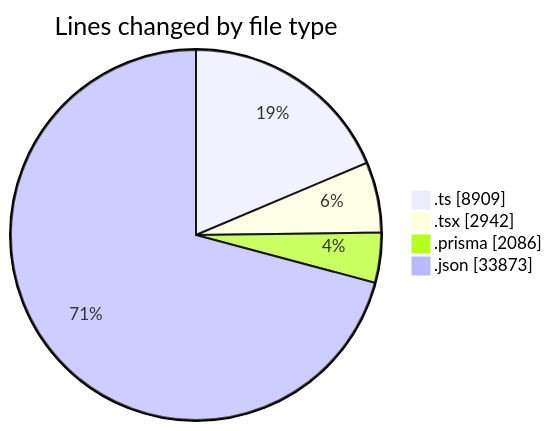
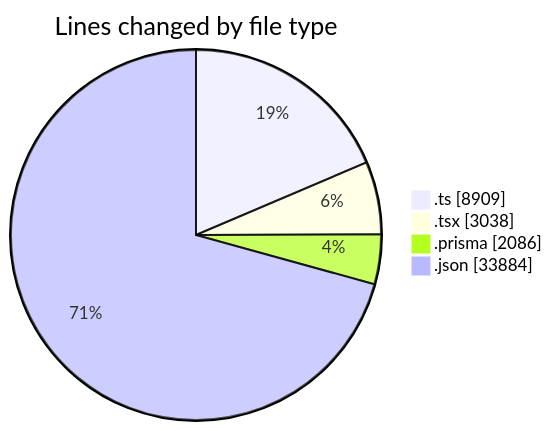
The first of 2 diagrams in 2025-05-19/ecodeli-1/README.md (CELIANVF/code-tracking), drawn with Mermaid before and after one commit. The commit also changed other lines of this file and 1 other file, not shown here.

````diff
--- a/2025-05-19/ecodeli-1/README.md
+++ b/2025-05-19/ecodeli-1/README.md
@@ -54,8 +56,8 @@
 ```mermaid
 pie showData
 title Lines changed by file type
 ".ts" : 8909
-".tsx" : 2942
+".tsx" : 3038
 ".prisma" : 2086
-".json" : 33873
+".json" : 33884
 ```
````
